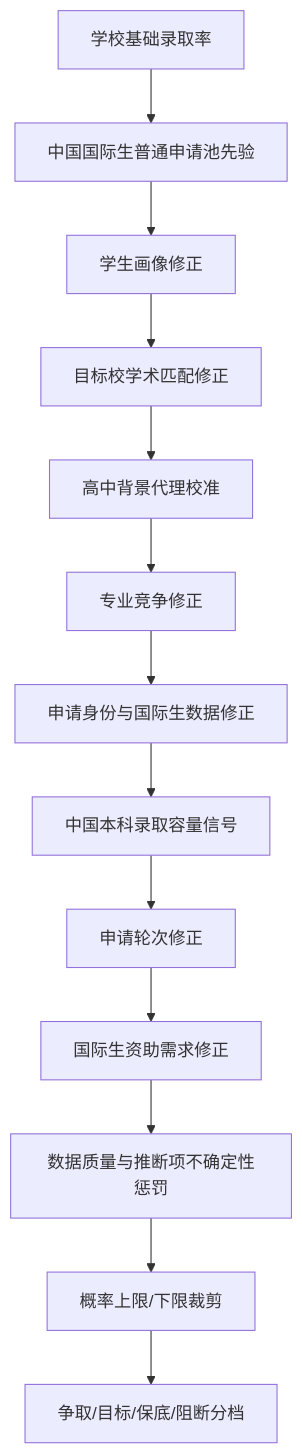
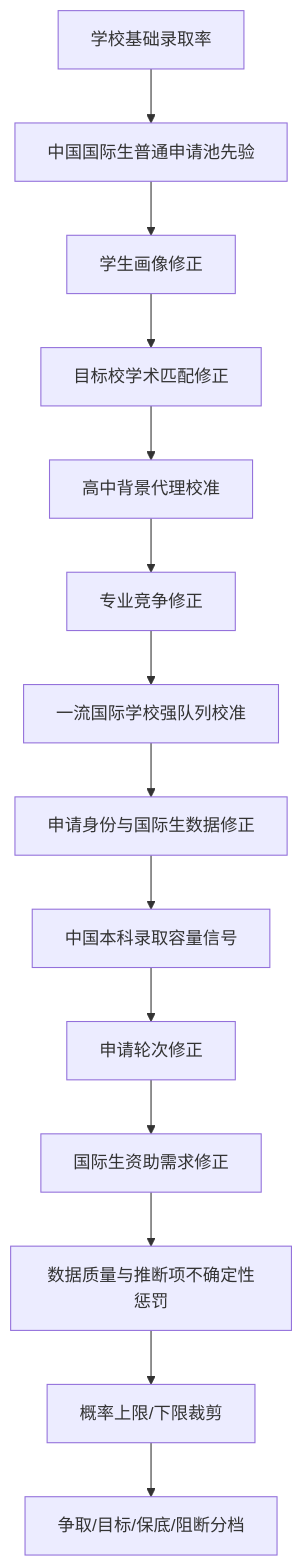
The second of 2 diagrams in docs/calculation-flow.md (qyf9794/Admission-Calculator), drawn with Mermaid before and after one commit. The commit also changed other lines of this file and 30 other files, not shown here.

````diff
--- a/docs/calculation-flow.md
+++ b/docs/calculation-flow.md
@@ -36,15 +37,16 @@
 ```mermaid
 flowchart TD
     A["学校基础录取率"] --> B["中国国际生普通申请池先验"]
     B --> C["学生画像修正"]
     C --> D["目标校学术匹配修正"]
     D --> E["高中背景代理校准"]
     E --> F["专业竞争修正"]
-    F --> G["申请身份与国际生数据修正"]
-    G --> H["中国本科录取容量信号"]
-    H --> I["申请轮次修正"]
-    I --> J["国际生资助需求修正"]
-    J --> K["数据质量与推断项不确定性惩罚"]
-    K --> L["概率上限/下限裁剪"]
-    L --> M["争取/目标/保底/阻断分档"]
+    F --> G["一流国际学校强队列校准"]
+    G --> H["申请身份与国际生数据修正"]
+    H --> I["中国本科录取容量信号"]
+    I --> J["申请轮次修正"]
+    J --> K["国际生资助需求修正"]
+    K --> L["数据质量与推断项不确定性惩罚"]
+    L --> M["概率上限/下限裁剪"]
+    M --> N["争取/目标/保底/阻断分档"]
 ```
````
